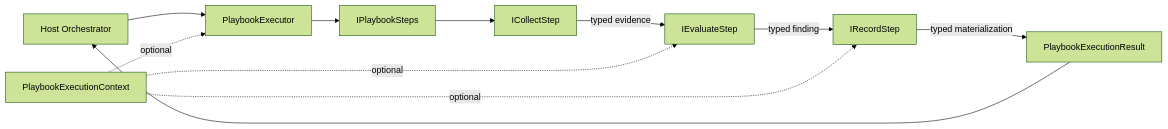
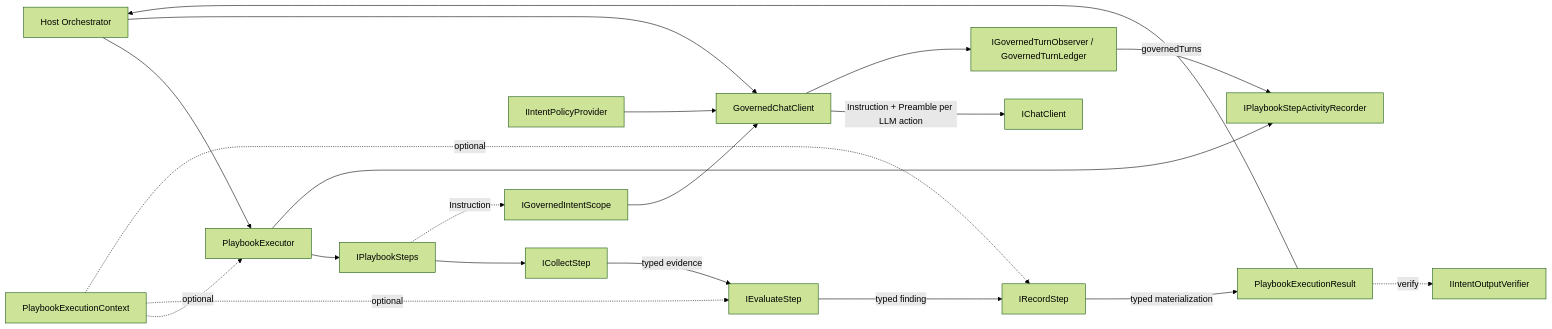
The first of 2 diagrams in docs/product/sprint-0/agents-playbook-sprint-0-context-diagram.md (goodtocode/agents-playbook), drawn with Mermaid (forest theme) before and after one commit. The commit also changed 19 other files, not shown here.

First line of the commit message:
17 agentsgovernance apply governed instruction and preamble across collect evaluate and record stages (#18)

````diff
--- a/docs/product/sprint-0/agents-playbook-sprint-0-context-diagram.md
+++ b/docs/product/sprint-0/agents-playbook-sprint-0-context-diagram.md
@@ -10,14 +10,23 @@
 ```mermaid
 flowchart LR
     Host[Host Orchestrator] --> Executor[PlaybookExecutor]
     Definition[IPlaybookSteps]
     Executor --> Definition
     Definition --> Collect[ICollectStep]
     Collect -->|typed evidence| Evaluate[IEvaluateStep]
     Evaluate -->|typed finding| Record[IRecordStep]
     Record -->|typed materialization| Result[PlaybookExecutionResult]
     Context[PlaybookExecutionContext] -. optional .-> Executor
     Context -. optional .-> Evaluate
     Context -. optional .-> Record
     Result --> Host
+    Host --> Governed[GovernedChatClient]
+    Scope[IGovernedIntentScope] --> Governed
+    Provider[IIntentPolicyProvider] --> Governed
+    Governed -->|Instruction + Preamble per LLM action| Model[IChatClient]
+    Definition -. Instruction .-> Scope
+    Governed --> Observer[IGovernedTurnObserver / GovernedTurnLedger]
+    Observer -->|governedTurns| Recorder[IPlaybookStepActivityRecorder]
+    Executor --> Recorder
+    Result -. verify .-> Verifier[IIntentOutputVerifier]
 ```
````
